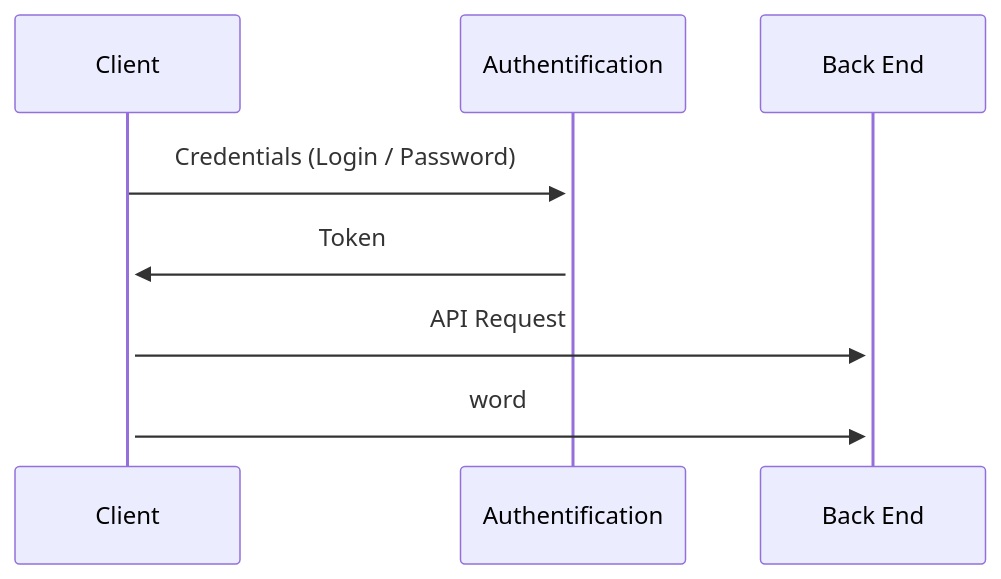
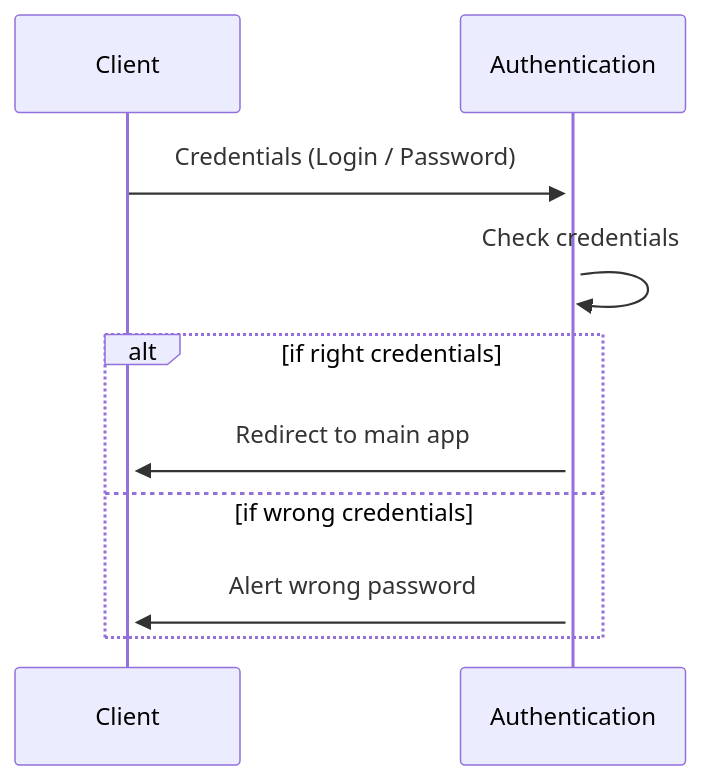
One commit to dorian-roux/DoLus-Sutom-APP changed the second of 4 diagrams in README.md. Above: the diagram before and after it, drawn with Mermaid. The commit also changed other lines of this file and 3 other files, not shown here.

````diff
--- a/README.md
+++ b/README.md
@@ -5,7 +103,11 @@
 ```mermaid
 sequenceDiagram
-    Client ->>+ Authentification: Credentials (Login / Password)    
-    Authentification ->>+ Client: Token
-    Client ->>+ Back End: API Request
-    Client ->>+ Back End: word
+    Client ->>+ Authentication: Credentials (Login / Password)    
+    Authentication ->>+ Authentication: Check credentials
+
+    alt if right credentials
+        Authentication ->>+ Client: Redirect to main app
+    else if wrong credentials
+        Authentication ->>+ Client: Alert wrong password
+end
 ```
````
